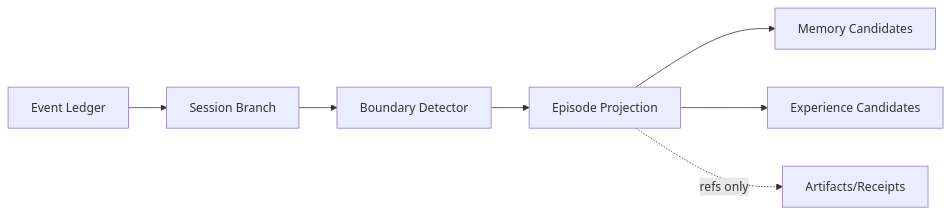
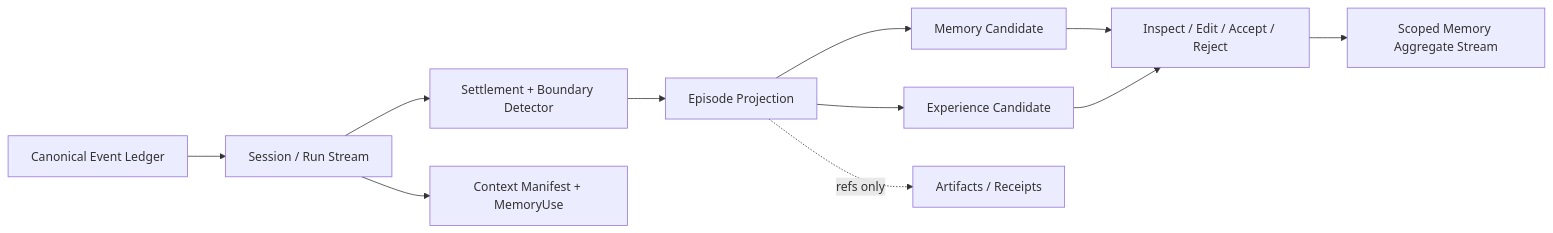
Before and after one commit to Cainheart/tracegraph-agent: the first of 2 diagrams in docs/outlive-agent-v2/04-memory-and-experience/01-evidence-episode-pipeline.md, drawn with Mermaid. The commit also changed other lines of this file and 35 other files, not shown here.

First line of the commit message:
docs(architecture): 以 Agent Runtime 与 Session/Evidence 取代三平面模型

````diff
--- a/docs/outlive-agent-v2/04-memory-and-experience/01-evidence-episode-pipeline.md
+++ b/docs/outlive-agent-v2/04-memory-and-experience/01-evidence-episode-pipeline.md
@@ -15,9 +15,14 @@
 ```mermaid
 flowchart LR
-  L[Event Ledger] --> S[Session Branch]
-  S --> B[Boundary Detector]
+  L[Canonical Event Ledger]
+  L --> S[Session / Run Stream]
+  S --> B[Settlement + Boundary Detector]
   B --> EP[Episode Projection]
-  EP --> MC[Memory Candidates]
-  EP --> EC[Experience Candidates]
-  EP -.refs only.-> A[Artifacts/Receipts]
+  EP --> MC[Memory Candidate]
+  EP --> EC[Experience Candidate]
+  MC --> R[Inspect / Edit / Accept / Reject]
+  EC --> R
+  R --> MS[Scoped Memory Aggregate Stream]
+  S --> CM[Context Manifest + MemoryUse]
+  EP -.refs only.-> A[Artifacts / Receipts]
 ```
````
